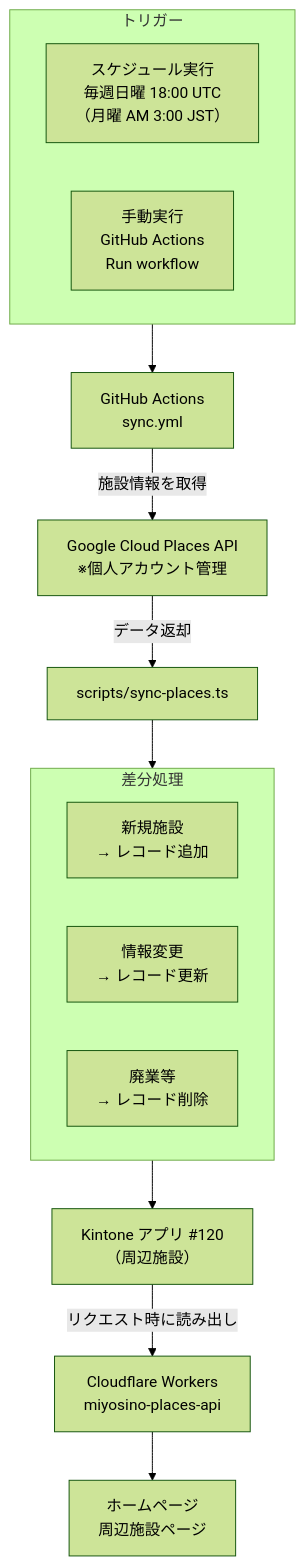
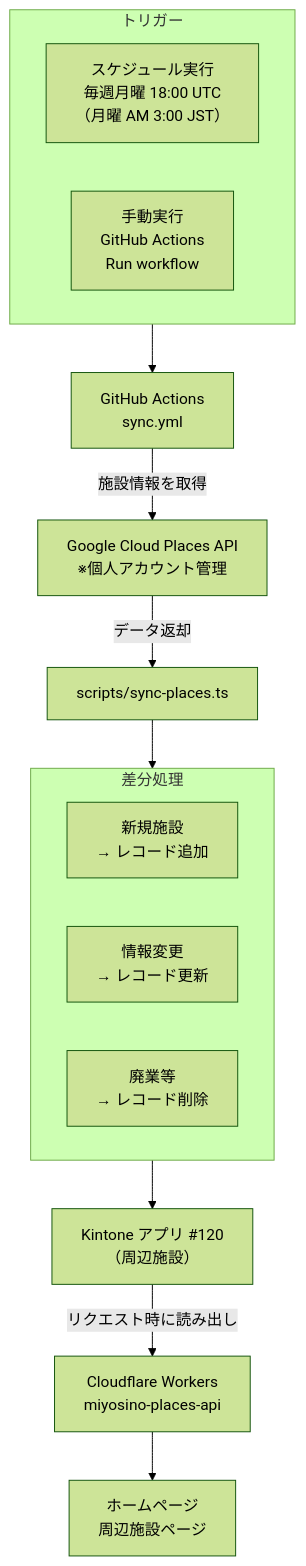
One commit to k-miyosino/miyosino-web-manual changed the diagram in docs/admin/01-architecture/sync-places.md. Above: the diagram before and after it, drawn with Mermaid (forest theme). The commit also changed 4 other files, not shown here.

````diff
--- a/docs/admin/01-architecture/sync-places.md
+++ b/docs/admin/01-architecture/sync-places.md
@@ -17,29 +17,29 @@
 ```mermaid
 flowchart TD
     subgraph Trigger["トリガー"]
-        Cron["スケジュール実行\n毎週日曜 18:00 UTC\n（月曜 AM 3:00 JST）"]
-        Manual["手動実行\nGitHub Actions\nRun workflow"]
+        Cron["スケジュール実行<br/>毎週月曜 18:00 UTC<br/>（月曜 AM 3:00 JST）"]
+        Manual["手動実行<br/>GitHub Actions<br/>Run workflow"]
     end
 
-    GHA["GitHub Actions\nsync.yml"]
-    Places["Google Cloud Places API\n※個人アカウント管理"]
+    GHA["GitHub Actions<br/>sync.yml"]
+    Places["Google Cloud Places API<br/>※個人アカウント管理"]
     Script["scripts/sync-places.ts"]
 
     subgraph Diff["差分処理"]
-        Add["新規施設\n→ レコード追加"]
-        Update["情報変更\n→ レコード更新"]
-        Delete["廃業等\n→ レコード削除"]
+        Add["新規施設<br/>→ レコード追加"]
+        Update["情報変更<br/>→ レコード更新"]
+        Delete["廃業等<br/>→ レコード削除"]
     end
 
-    Kintone["Kintone アプリ #120\n（周辺施設）"]
-    Worker["Cloudflare Workers\nmiyosino-places-api"]
-    HP["ホームページ\n周辺施設ページ"]
+    Kintone["Kintone アプリ #120<br/>（周辺施設）"]
+    Worker["Cloudflare Workers<br/>miyosino-places-api"]
+    HP["ホームページ<br/>周辺施設ページ"]
 
     Trigger --> GHA
     GHA -->|"施設情報を取得"| Places
     Places -->|"データ返却"| Script
     Script --> Diff
     Diff --> Kintone
     Kintone -->|"リクエスト時に読み出し"| Worker
     Worker --> HP
 ```
````
